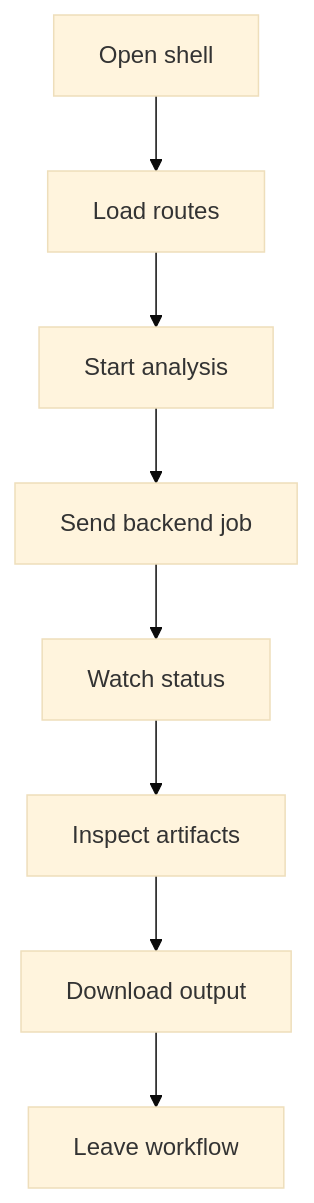
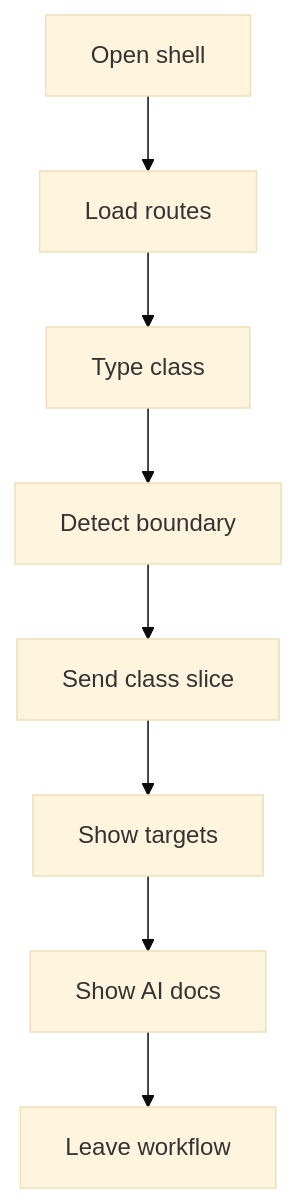
Before and after one commit to JohnAndrewBalbarosa/NeoTerritory: the diagram in docs/Codebase/Frontend/README.md, drawn with Mermaid (base theme). The commit also changed other lines of this file and 25 other files, not shown here.

First line of the commit message:
Update docs for live class-analysis flow

````diff
--- a/docs/Codebase/Frontend/README.md
+++ b/docs/Codebase/Frontend/README.md
@@ -25,18 +25,18 @@
 ```mermaid
 flowchart TD
     Start["Open shell"]
     N0["Load routes"]
-    N1["Start analysis"]
-    N2["Send backend job"]
-    N3["Watch status"]
-    N4["Inspect artifacts"]
-    N5["Download output"]
+    N1["Type class"]
+    N2["Detect boundary"]
+    N3["Send class slice"]
+    N4["Show targets"]
+    N5["Show AI docs"]
     End["Leave workflow"]
     Start --> N0
     N0 --> N1
     N1 --> N2
     N2 --> N3
     N3 --> N4
     N4 --> N5
     N5 --> End
 ```
````
